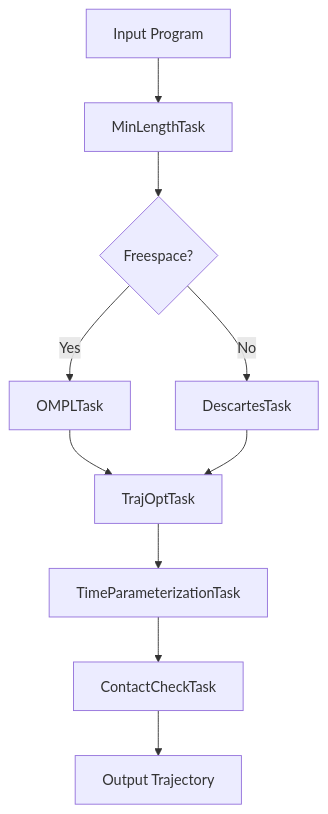
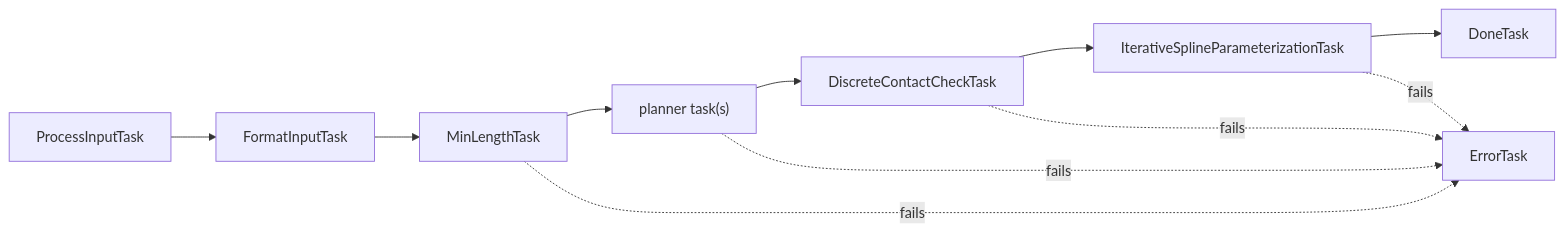
Before and after one commit to tesseract-robotics/tesseract_nanobind: the diagram in docs/user-guide/task-composer.md, drawn with Mermaid. The commit also changed other lines of this file and 8 other files, not shown here.

````diff
--- a/docs/user-guide/task-composer.md
+++ b/docs/user-guide/task-composer.md
@@ -37,12 +155,9 @@
 ```mermaid
-graph TD
-    A[Input Program] --> B[MinLengthTask]
-    B --> C{Freespace?}
-    C -->|Yes| D[OMPLTask]
-    C -->|No| E[DescartesTask]
-    D --> F[TrajOptTask]
-    E --> F
-    F --> G[TimeParameterizationTask]
-    G --> H[ContactCheckTask]
-    H --> I[Output Trajectory]
+flowchart LR
+    P[ProcessInputTask] --> F[FormatInputTask] --> M[MinLengthTask]
+    M --> PL["planner task(s)"] --> C[DiscreteContactCheckTask] --> T[IterativeSplineParameterizationTask] --> D[DoneTask]
+    M -. fails .-> E[ErrorTask]
+    PL -. fails .-> E
+    C -. fails .-> E
+    T -. fails .-> E
 ```
````
